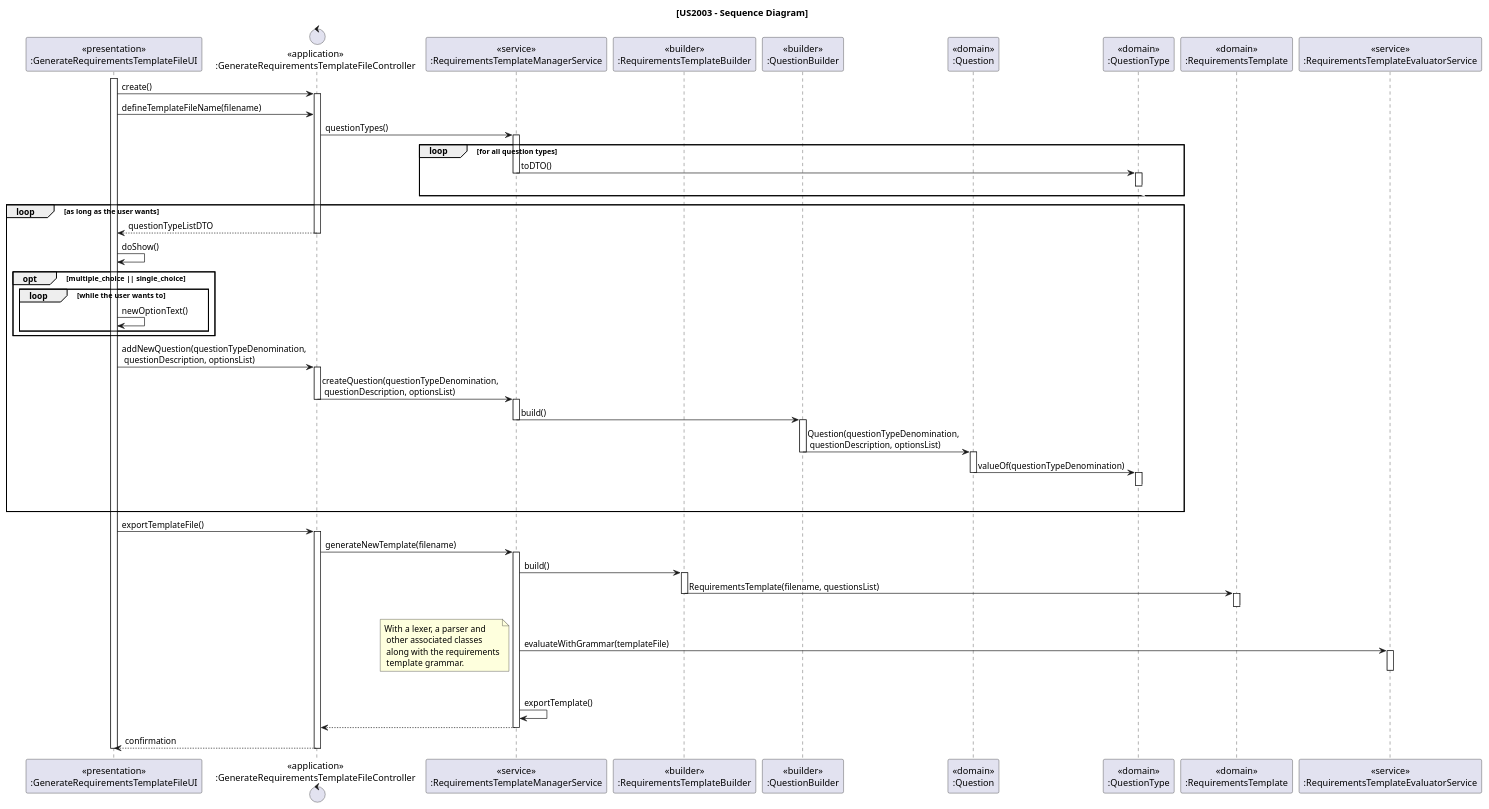
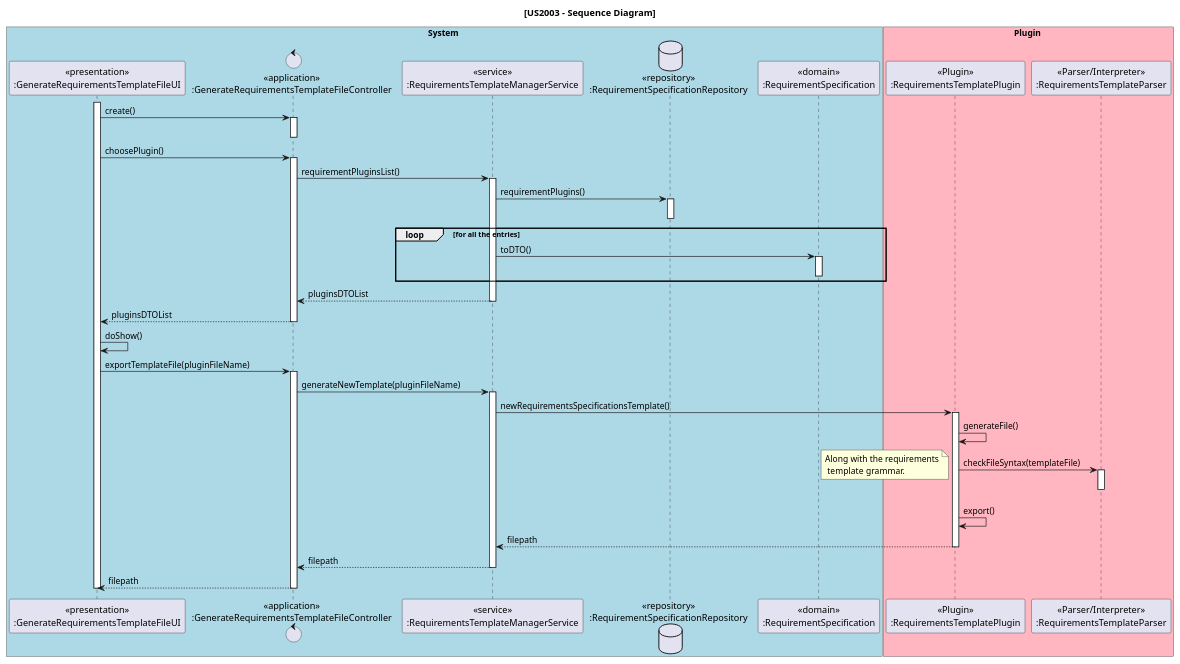
One commit to rita-barbosa/LAPR4-2324 changed the diagram in docs/sb_us_2003/US2003_SD/us2003_sd.puml. Above: the diagram before and after it, drawn with PlantUML. The commit also changed 6 other files, not shown here.

Commit message:
docs: US2003 design update for plugin (diagrams, grammar + patterns) + text template example [#104]

```diff
--- a/docs/sb_us_2003/US2003_SD/us2003_sd.puml
+++ b/docs/sb_us_2003/US2003_SD/us2003_sd.puml
@@ -1,100 +1,81 @@
 @startuml US2003_SD
 
 title [US2003 - Sequence Diagram]
 
+box System #LightBlue
 participant "<<presentation>>\n:GenerateRequirementsTemplateFileUI" as UI
 control "<<application>>\n:GenerateRequirementsTemplateFileController" as CTRL
 participant "<<service>>\n:RequirementsTemplateManagerService" as Manager
-participant "<<builder>>\n:RequirementsTemplateBuilder" as TempBuilder
-participant "<<builder>>\n:QuestionBuilder" as QuestionBuilder
-participant "<<domain>>\n:Question" as Question
-participant "<<domain>>\n:QuestionType" as QuestionType
-participant "<<domain>>\n:RequirementsTemplate" as Template
-participant "<<service>>\n:RequirementsTemplateEvaluatorService" as TempEvaluator
+database "<<repository>>\n:RequirementSpecificationRepository" as ReqRep
+participant "<<domain>>\n:RequirementSpecification" as Requirement
+end box
+
+box Plugin #LightPink
+participant "<<Plugin>>\n:RequirementsTemplatePlugin" as Plugin
+participant "<<Parser/Interpreter>>\n:RequirementsTemplateParser" as Parser
+end box
+
 
 activate UI
 
-
 UI -> CTRL : create()
 activate CTRL
+deactivate CTRL
 
-UI -> CTRL : defineTemplateFileName(filename)
+UI -> CTRL : choosePlugin()
 
-CTRL -> Manager : questionTypes()
+'get job positions/plugins
+activate CTRL
+
+CTRL -> Manager : requirementPluginsList()
 activate Manager
-    loop for all question types
-        Manager -> QuestionType : toDTO()
-    deactivate Manager
-    activate QuestionType
-        QuestionType -[#white]> QuestionType
-    deactivate QuestionType
-    end loop
 
-loop as long as the user wants
+Manager -> ReqRep : requirementPlugins()
+activate ReqRep
+deactivate ReqRep
 
-CTRL --> UI : questionTypeListDTO
+loop for all the entries
+    Manager -> Requirement : toDTO()
+    activate Requirement
+    deactivate Requirement
+end loop
+
+Manager --> CTRL : pluginsDTOList
+
+deactivate Manager
+
+CTRL --> UI : pluginsDTOList
 deactivate CTRL
 
 UI -> UI : doShow()
 
-opt multiple_choice || single_choice
-    
-    loop while the user wants to
-    UI -> UI : newOptionText()
-    end loop
-end opt
-
-UI -> CTRL : addNewQuestion(questionTypeDenomination,\n questionDescription, optionsList)
+UI -> CTRL : exportTemplateFile(pluginFileName)
 activate CTRL
 
-
-CTRL -> Manager : createQuestion(questionTypeDenomination,\n questionDescription, optionsList)
-deactivate CTRL
-activate Manager
-
-    Manager -> QuestionBuilder : build()
-    deactivate Manager
-    activate QuestionBuilder
-
-    QuestionBuilder -> Question: Question(questionTypeDenomination,\n questionDescription, optionsList)
-    deactivate QuestionBuilder
-    activate Question
-        Question -> QuestionType : valueOf(questionTypeDenomination)
-        deactivate Question
-        activate QuestionType
-           QuestionType -[#white]> QuestionType
-        deactivate QuestionType
-|||
-end loop
-
-
-UI -> CTRL : exportTemplateFile()
-activate CTRL
-
-    CTRL -> Manager : generateNewTemplate(filename)
+    CTRL -> Manager : generateNewTemplate(pluginFileName)
     activate Manager
 
-        Manager -> TempBuilder : build()
-    activate TempBuilder
+        Manager -> Plugin : newRequirementsSpecificationsTemplate()
+    activate Plugin
 
-        TempBuilder -> Template : RequirementsTemplate(filename, questionsList)
-    deactivate TempBuilder
-    activate Template
-        Template -[#white]> Template
-    deactivate Template
+        Plugin -> Plugin : generateFile()
 
-    Manager -> TempEvaluator : evaluateWithGrammar(templateFile)
-    note left: With a lexer, a parser and\n other associated classes\n along with the requirements\n template grammar.
-    activate TempEvaluator
-    deactivate TempEvaluator
+        Plugin -> Parser : checkFileSyntax(templateFile)
+        note left: Along with the requirements\n template grammar.
 
-    Manager -> Manager : exportTemplate()
-    Manager --> CTRL
+        activate Parser
+        deactivate Parser
+
+        Plugin -> Plugin : export()
+       Plugin --> Manager : filepath
+    deactivate Plugin
+
+    Manager --> CTRL : filepath
     deactivate Manager
 
-    CTRL --> UI : confirmation
-    deactivate CTRL
+    CTRL --> UI : filepath
+deactivate CTRL
 
 deactivate UI
 
 @enduml
```
